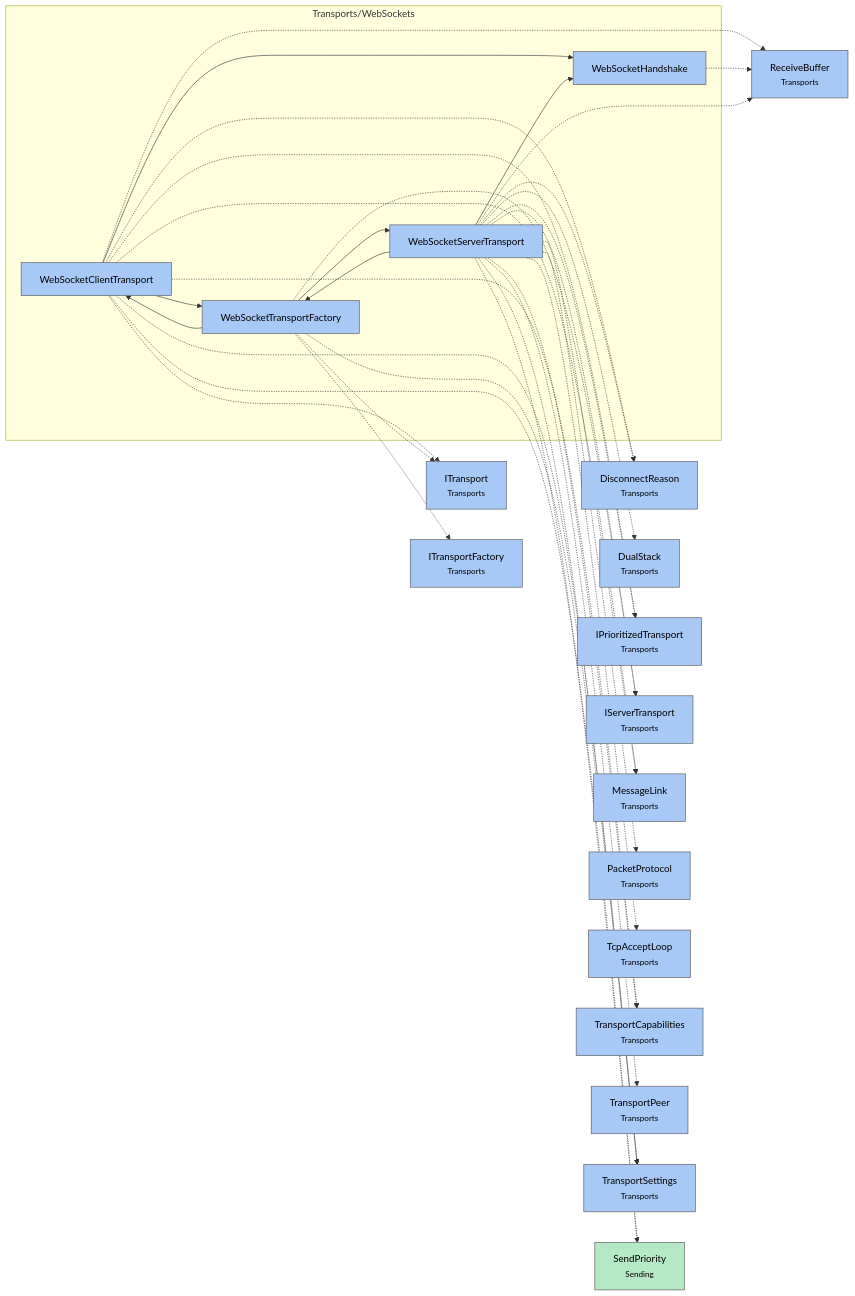
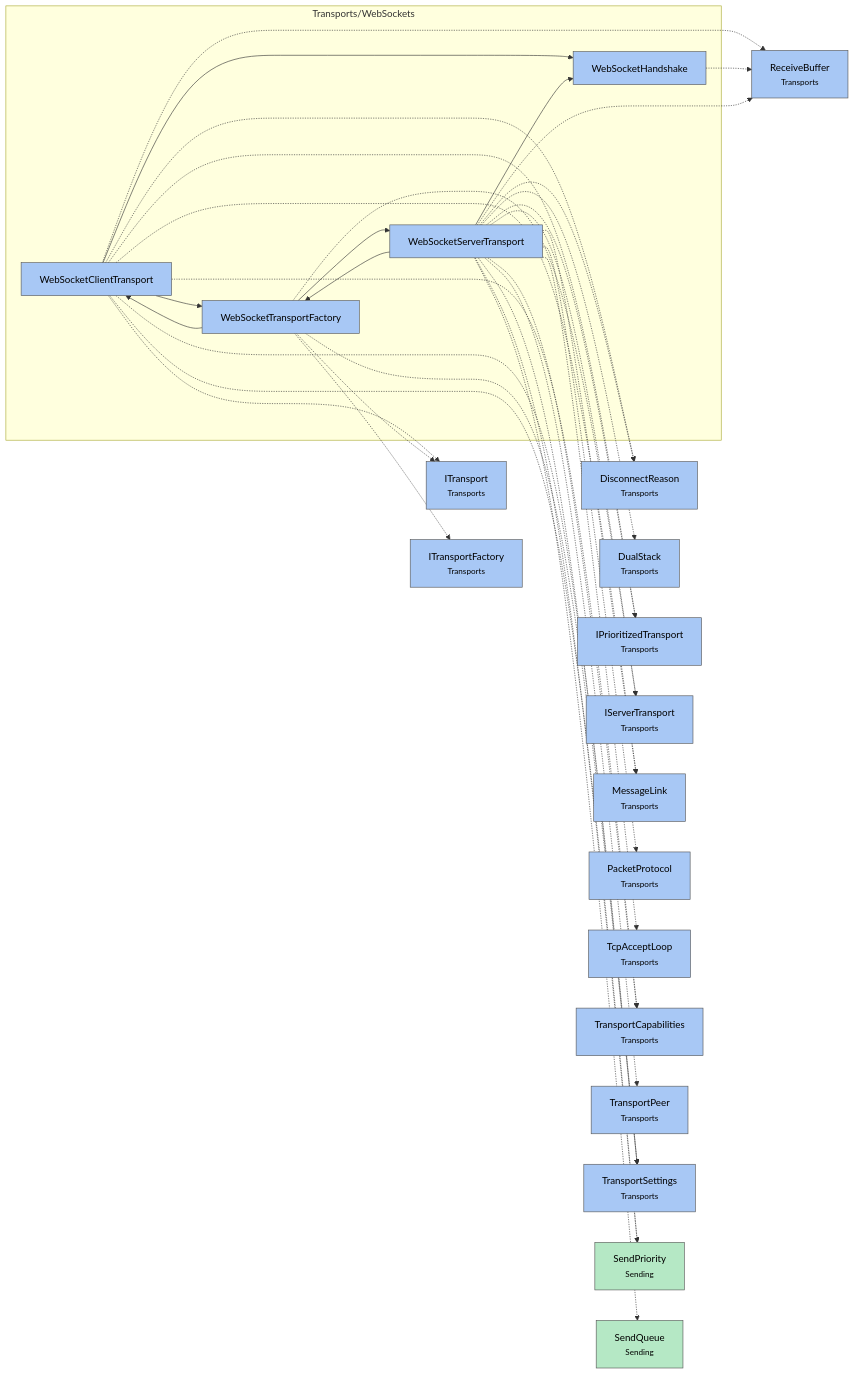
The diagram in docs/4 Diagrams/Modules/Module map Transports WebSockets.md (VladislavKresov/NetSync), drawn with Mermaid before and after one commit. The commit also changed other lines of this file and 56 other files, not shown here.

Commit message:
Docs: limitations and roadmap after rc.6 work; regenerated code reference

````diff
--- a/docs/4 Diagrams/Modules/Module map Transports WebSockets.md
+++ b/docs/4 Diagrams/Modules/Module map Transports WebSockets.md
@@ -11,59 +11,61 @@
 ```mermaid
 flowchart LR
   subgraph f_Transports_WebSockets["Transports/WebSockets"]
     m_WebSocketClientTransport["WebSocketClientTransport"]:::transports
     m_WebSocketHandshake["WebSocketHandshake"]:::transports
     m_WebSocketServerTransport["WebSocketServerTransport"]:::transports
     m_WebSocketTransportFactory["WebSocketTransportFactory"]:::transports
   end
   m_DisconnectReason["DisconnectReason<br/><small>Transports</small>"]:::transports
   m_DualStack["DualStack<br/><small>Transports</small>"]:::transports
   m_IPrioritizedTransport["IPrioritizedTransport<br/><small>Transports</small>"]:::transports
   m_IServerTransport["IServerTransport<br/><small>Transports</small>"]:::transports
   m_ITransport["ITransport<br/><small>Transports</small>"]:::transports
   m_ITransportFactory["ITransportFactory<br/><small>Transports</small>"]:::transports
   m_MessageLink["MessageLink<br/><small>Transports</small>"]:::transports
   m_PacketProtocol["PacketProtocol<br/><small>Transports</small>"]:::transports
   m_ReceiveBuffer["ReceiveBuffer<br/><small>Transports</small>"]:::transports
   m_TcpAcceptLoop["TcpAcceptLoop<br/><small>Transports</small>"]:::transports
   m_TransportCapabilities["TransportCapabilities<br/><small>Transports</small>"]:::transports
   m_TransportPeer["TransportPeer<br/><small>Transports</small>"]:::transports
   m_TransportSettings["TransportSettings<br/><small>Transports</small>"]:::transports
   m_SendPriority["SendPriority<br/><small>Sending</small>"]:::infrastructure
+  m_SendQueue["SendQueue<br/><small>Sending</small>"]:::infrastructure
   m_WebSocketClientTransport -.-> m_DisconnectReason
   m_WebSocketClientTransport -.-> m_IPrioritizedTransport
   m_WebSocketClientTransport -.-> m_ITransport
   m_WebSocketClientTransport -.-> m_MessageLink
   m_WebSocketClientTransport -.-> m_ReceiveBuffer
   m_WebSocketClientTransport -.-> m_SendPriority
   m_WebSocketClientTransport -.-> m_TransportCapabilities
   m_WebSocketClientTransport -.-> m_TransportSettings
   m_WebSocketClientTransport --> m_WebSocketHandshake
   m_WebSocketClientTransport --> m_WebSocketTransportFactory
   m_WebSocketHandshake -.-> m_ReceiveBuffer
   m_WebSocketServerTransport -.-> m_DisconnectReason
   m_WebSocketServerTransport -.-> m_DualStack
   m_WebSocketServerTransport -.-> m_IPrioritizedTransport
   m_WebSocketServerTransport -.-> m_IServerTransport
   m_WebSocketServerTransport -.-> m_MessageLink
   m_WebSocketServerTransport -.-> m_PacketProtocol
   m_WebSocketServerTransport -.-> m_ReceiveBuffer
   m_WebSocketServerTransport -.-> m_SendPriority
+  m_WebSocketServerTransport -.-> m_SendQueue
   m_WebSocketServerTransport -.-> m_TcpAcceptLoop
   m_WebSocketServerTransport -.-> m_TransportCapabilities
   m_WebSocketServerTransport -.-> m_TransportPeer
   m_WebSocketServerTransport -.-> m_TransportSettings
   m_WebSocketServerTransport --> m_WebSocketHandshake
   m_WebSocketServerTransport --> m_WebSocketTransportFactory
   m_WebSocketTransportFactory -.-> m_IServerTransport
   m_WebSocketTransportFactory -.-> m_ITransport
   m_WebSocketTransportFactory -.-> m_ITransportFactory
   m_WebSocketTransportFactory -.-> m_TransportSettings
   m_WebSocketTransportFactory --> m_WebSocketClientTransport
   m_WebSocketTransportFactory --> m_WebSocketServerTransport
   classDef api fill:#f9d77e,stroke:#555,color:#000
   classDef session fill:#e3b8f0,stroke:#555,color:#000
   classDef transports fill:#a8c8f5,stroke:#555,color:#000
   classDef infrastructure fill:#b5e8c5,stroke:#555,color:#000
   classDef foundation fill:#dddddd,stroke:#555,color:#000
 ```
````
